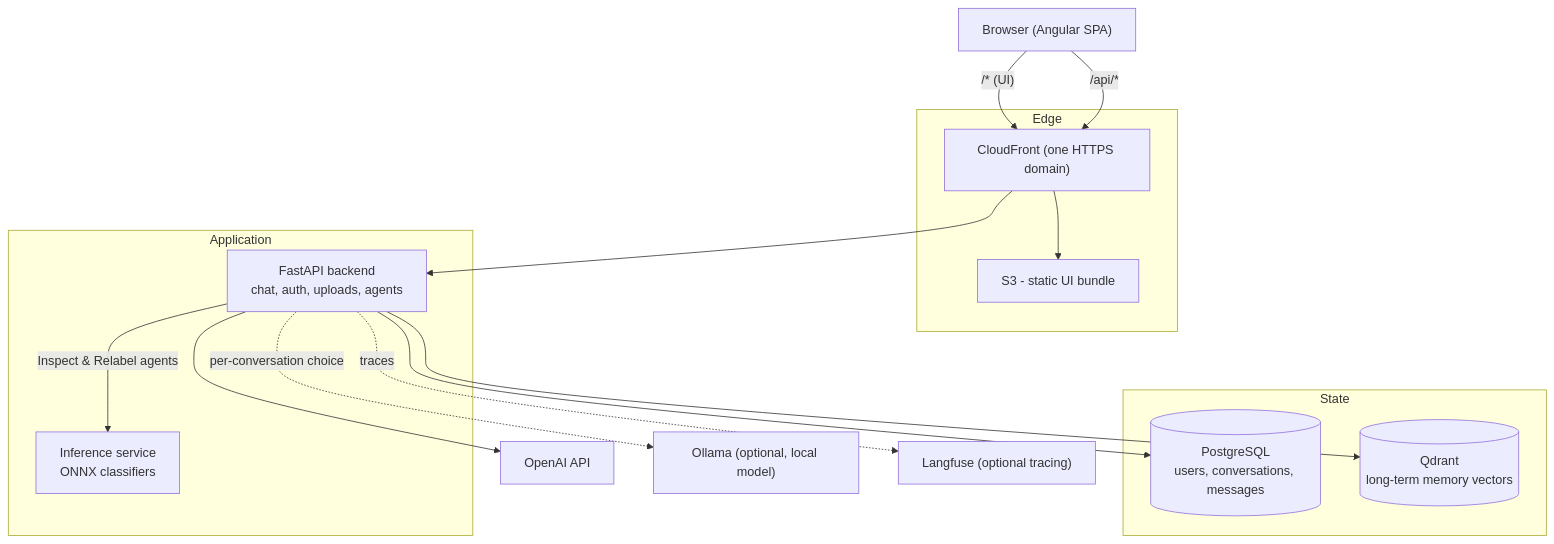
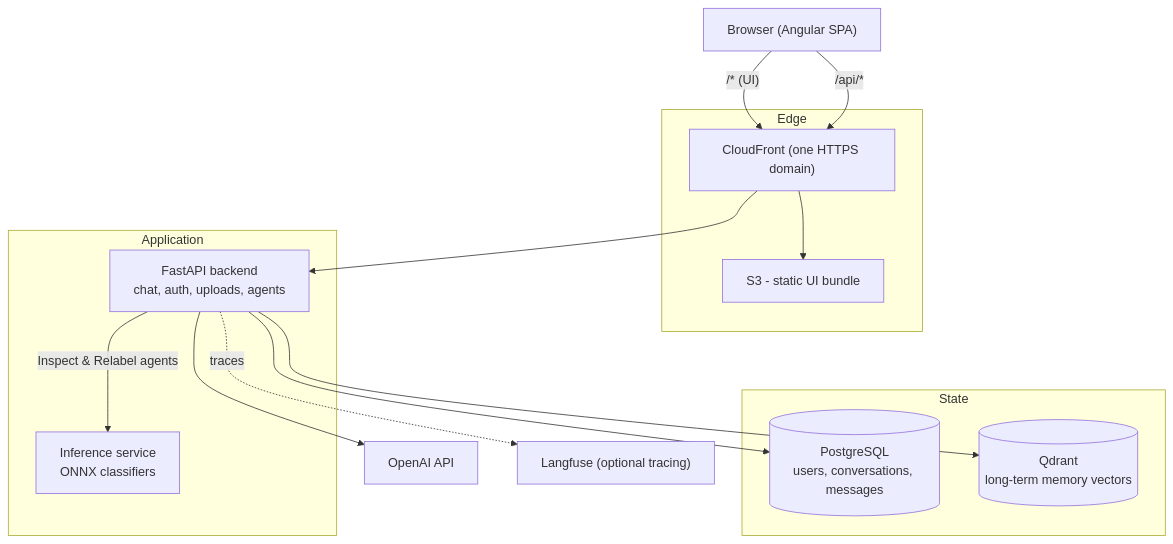
One commit to JC-prog/sentinel-pcb changed the first of 2 diagrams in docs/ARCHITECTURE.md. Above: the diagram before and after it, drawn with Mermaid. The commit also changed other lines of this file and 34 other files, not shown here.

````diff
--- a/docs/ARCHITECTURE.md
+++ b/docs/ARCHITECTURE.md
@@ -27,32 +27,30 @@
 ```mermaid
 flowchart TD
     browser["Browser (Angular SPA)"]
 
     subgraph edge["Edge"]
         cf["CloudFront (one HTTPS domain)"]
         s3["S3 - static UI bundle"]
     end
 
     subgraph app["Application"]
         be["FastAPI backend<br/>chat, auth, uploads, agents"]
         inf["Inference service<br/>ONNX classifiers"]
     end
 
     subgraph data["State"]
         pg[("PostgreSQL<br/>users, conversations, messages")]
         qd[("Qdrant<br/>long-term memory vectors")]
     end
 
     openai["OpenAI API"]
-    ollama["Ollama (optional, local model)"]
     langfuse["Langfuse (optional tracing)"]
 
     browser -->|"/* (UI)"| cf --> s3
     browser -->|"/api/*"| cf --> be
     be --> pg
     be --> qd
     be --> openai
-    be -.->|per-conversation choice| ollama
     be -->|Inspect & Relabel agents| inf
     be -.->|traces| langfuse
 ```
````
